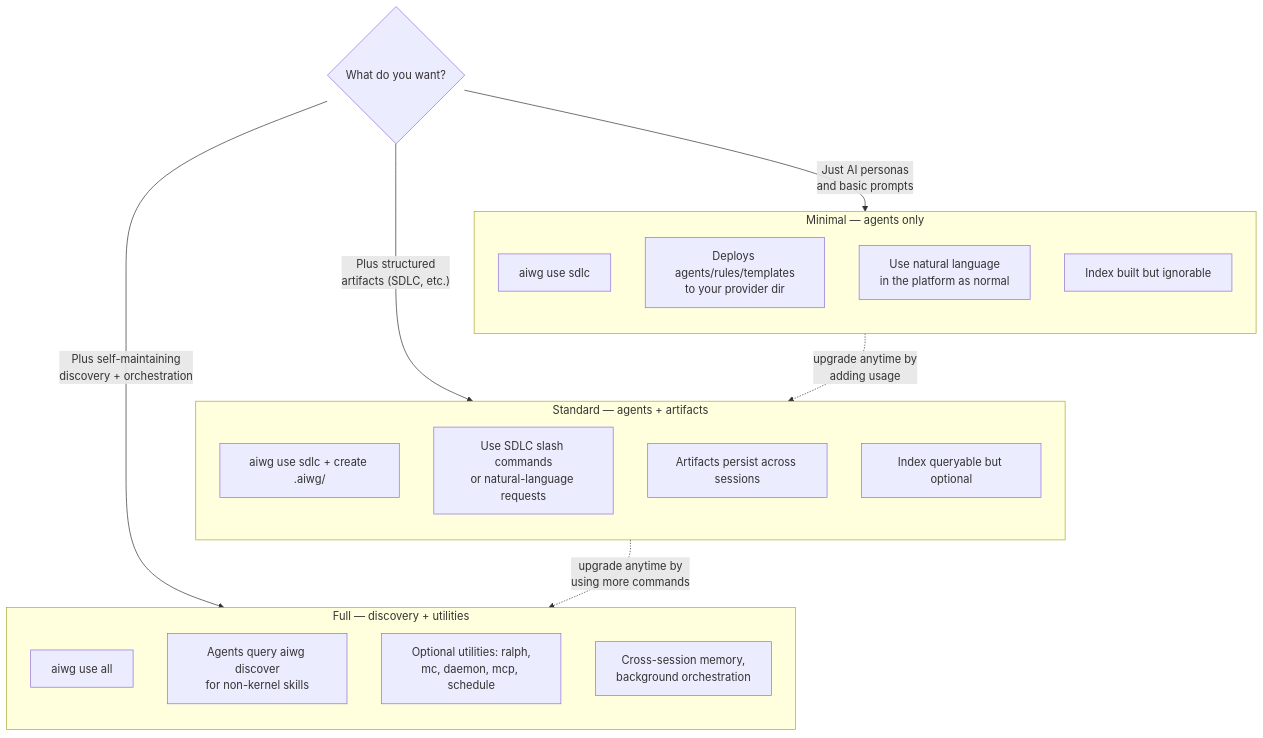
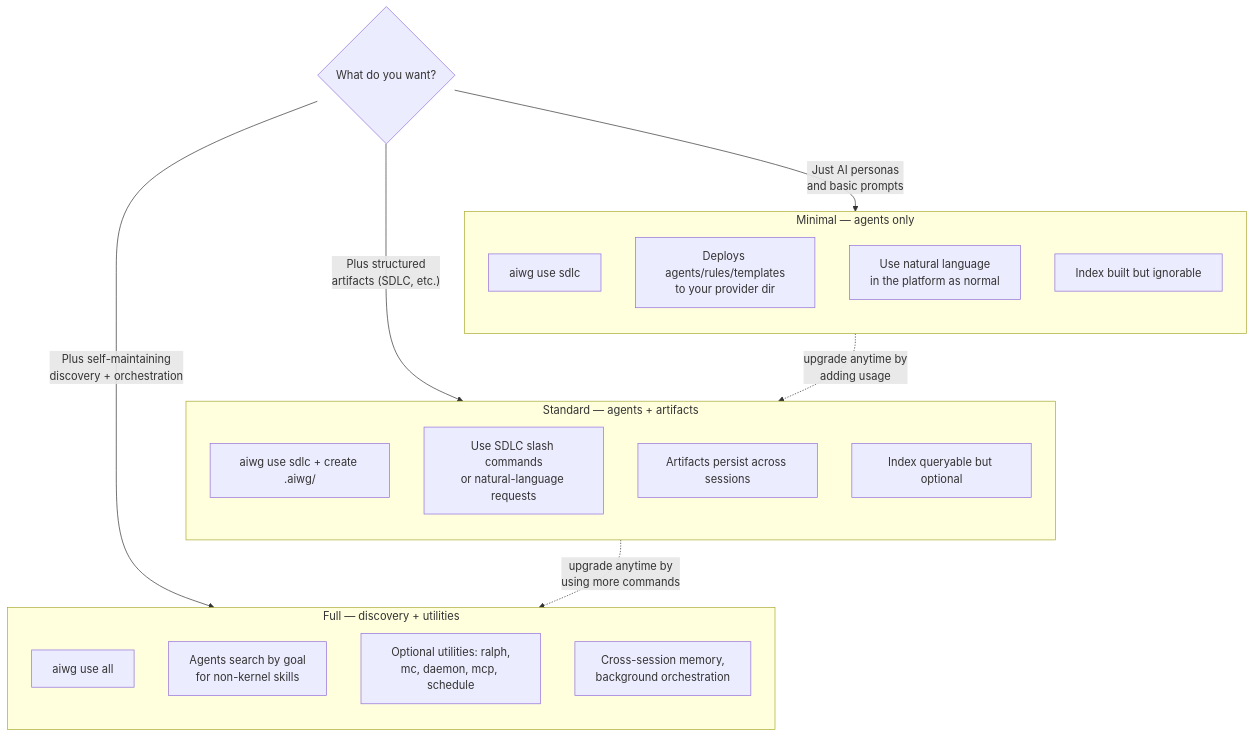
Before and after one commit to jmagly/ai-writing-guide: the second of 2 diagrams in docs/how-it-works.md, drawn with Mermaid. The commit also changed other lines of this file and 84 other files, not shown here.

````diff
--- a/docs/how-it-works.md
+++ b/docs/how-it-works.md
@@ -362,35 +365,35 @@
 ```mermaid
 flowchart TB
   START{What do you want?}
 
   START -->|"Just AI personas<br/>and basic prompts"| MIN
   START -->|"Plus structured<br/>artifacts (SDLC, etc.)"| MID
   START -->|"Plus self-maintaining<br/>discovery + orchestration"| FULL
 
   subgraph MIN["Minimal — agents only"]
     direction TB
     M1["aiwg use sdlc"]
     M2[Deploys agents/rules/templates<br/>to your provider dir]
     M3[Use natural language<br/>in the platform as normal]
     M4[Index built but ignorable]
   end
 
   subgraph MID["Standard — agents + artifacts"]
     direction TB
     D1["aiwg use sdlc + create .aiwg/"]
     D2[Use SDLC slash commands<br/>or natural-language requests]
     D3[Artifacts persist across sessions]
     D4[Index queryable but optional]
   end
 
   subgraph FULL["Full — discovery + utilities"]
     direction TB
     F1["aiwg use all"]
-    F2[Agents query aiwg discover<br/>for non-kernel skills]
+    F2[Agents search by goal<br/>for non-kernel skills]
     F3[Optional utilities: ralph,<br/>mc, daemon, mcp, schedule]
     F4[Cross-session memory,<br/>background orchestration]
   end
 
   MIN -.->|"upgrade anytime by<br/>adding usage"| MID
   MID -.->|"upgrade anytime by<br/>using more commands"| FULL
 ```
````
